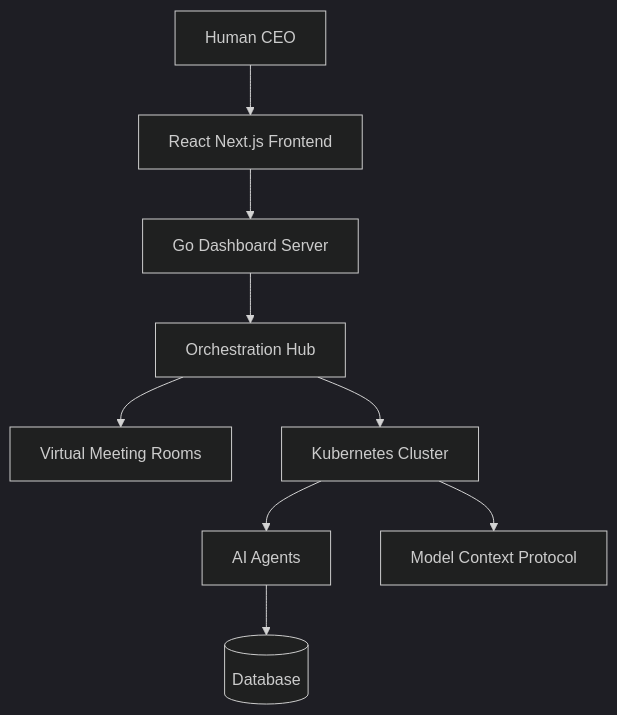
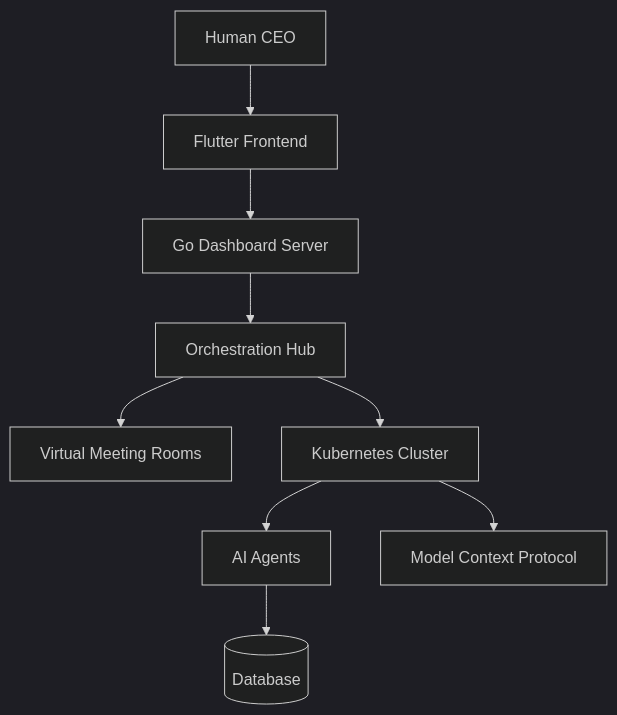
The diagram in docs/README.md (onehumancorp/mono), drawn with Mermaid (dark theme) before and after one commit. The commit also changed other lines of this file and 39 other files, not shown here.

````diff
--- a/docs/README.md
+++ b/docs/README.md
@@ -22,11 +22,11 @@
 ```mermaid
 graph TD;
-    User[Human CEO] --> Frontend[React Next.js Frontend];
+    User[Human CEO] --> Frontend[Flutter Frontend];
     Frontend --> Backend[Go Dashboard Server];
     Backend --> Hub[Orchestration Hub];
     Hub --> Rooms[Virtual Meeting Rooms];
     Hub --> K8s[Kubernetes Cluster];
     K8s --> Agents[AI Agents];
     Agents --> DB[(Database)];
     K8s --> MCP[Model Context Protocol];
 ```
````
